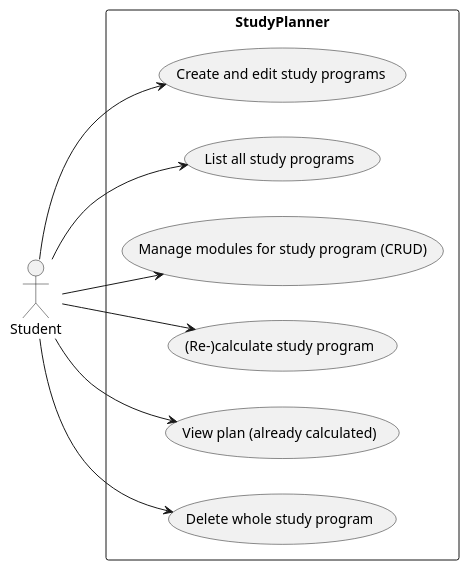
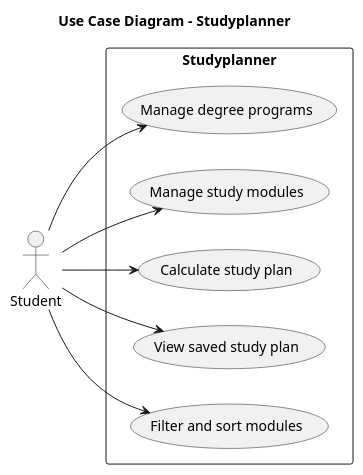
Before and after one commit to Ginimo/Studyplanner: the diagram in docs/diagrams/use_case_diagram.puml, drawn with PlantUML. The commit also changed 7 other files, not shown here.

Commit message:
Updated diagrams after consistency check

```diff
--- a/docs/diagrams/use_case_diagram.puml
+++ b/docs/diagrams/use_case_diagram.puml
@@ -1,23 +1,21 @@
 @startuml
 left to right direction
+title Use Case Diagram - Studyplanner
 
 actor Student
 
-rectangle StudyPlanner {
-
-  usecase "Create and edit study programs" as UC1
-  usecase "List all study programs" as UC2
-  usecase "Manage modules for study program (CRUD)" as UC3
-  usecase "(Re-)calculate study program" as UC4
-  usecase "View plan (already calculated)" as UC5
-  usecase "Delete whole study program" as UC6
+rectangle Studyplanner {
+  usecase "Manage degree programs" as UC1
+  usecase "Manage study modules" as UC2
+  usecase "Calculate study plan" as UC3
+  usecase "View saved study plan" as UC4
+  usecase "Filter and sort modules" as UC5
 }
 
 Student --> UC1
 Student --> UC2
 Student --> UC3
 Student --> UC4
 Student --> UC5
-Student --> UC6
 
 @enduml
```
